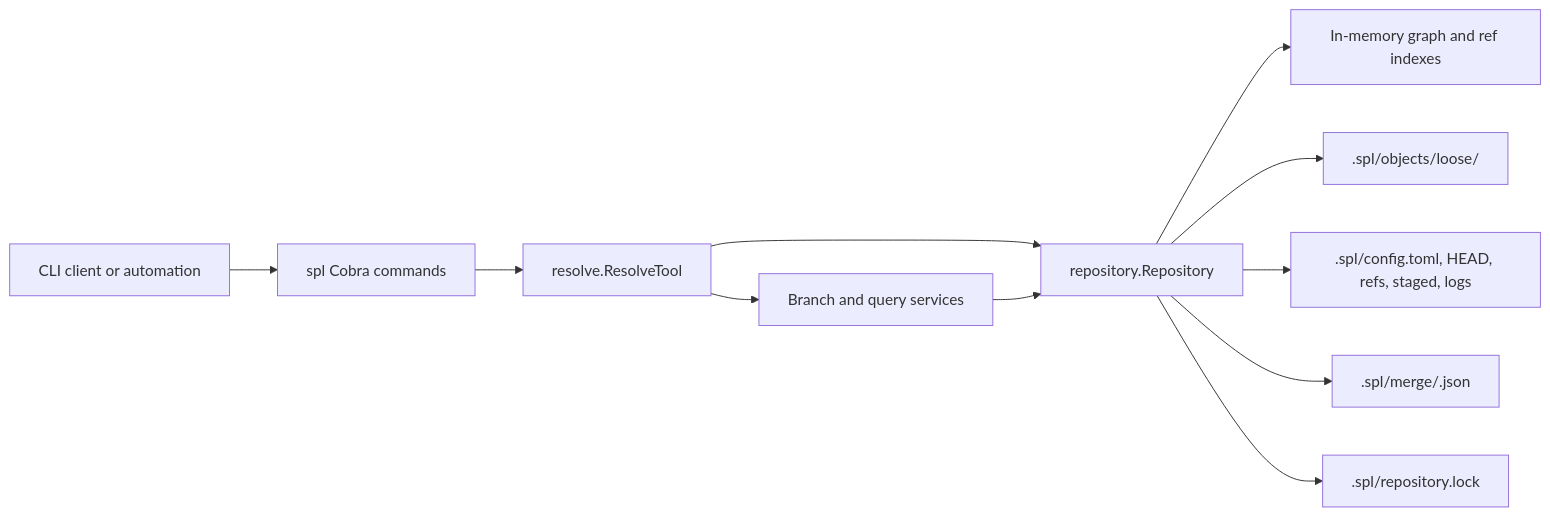
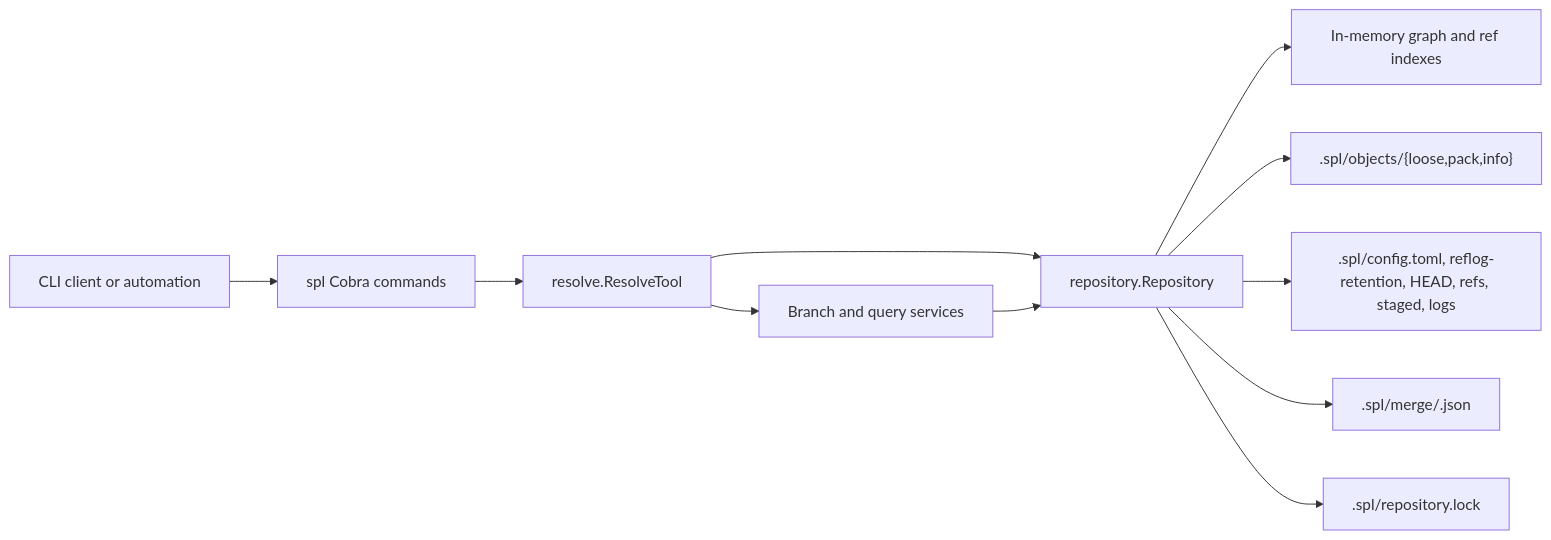
The diagram in docs/architecture.md (autonomous-bits/spool), drawn with Mermaid before and after one commit. The commit also changed other lines of this file and 26 other files, not shown here.

````diff
--- a/docs/architecture.md
+++ b/docs/architecture.md
@@ -10,13 +10,13 @@
 ```mermaid
 flowchart LR
     Client[CLI client or automation] --> CLI[spl Cobra commands]
     CLI --> Tool[resolve.ResolveTool]
     Tool --> Services[Branch and query services]
     Tool --> Repository[repository.Repository]
     Services --> Repository
     Repository --> Memory[In-memory graph and ref indexes]
-    Repository --> Objects[".spl/objects/loose/<id>"]
-    Repository --> State[".spl/config.toml, HEAD, refs, staged, logs"]
+    Repository --> Objects[".spl/objects/{loose,pack,info}"]
+    Repository --> State[".spl/config.toml, reflog-retention, HEAD, refs, staged, logs"]
     Repository --> Merge[".spl/merge/<hashed-branch>.json"]
     Repository --> Lock[".spl/repository.lock"]
 ```
````
